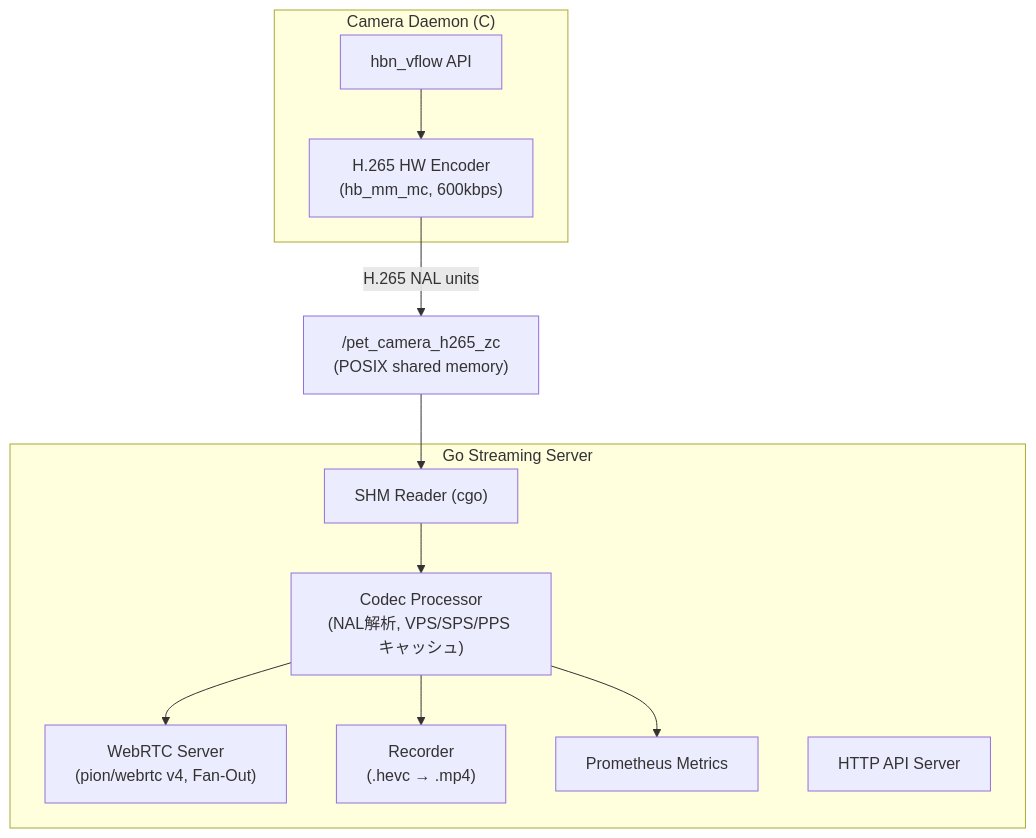
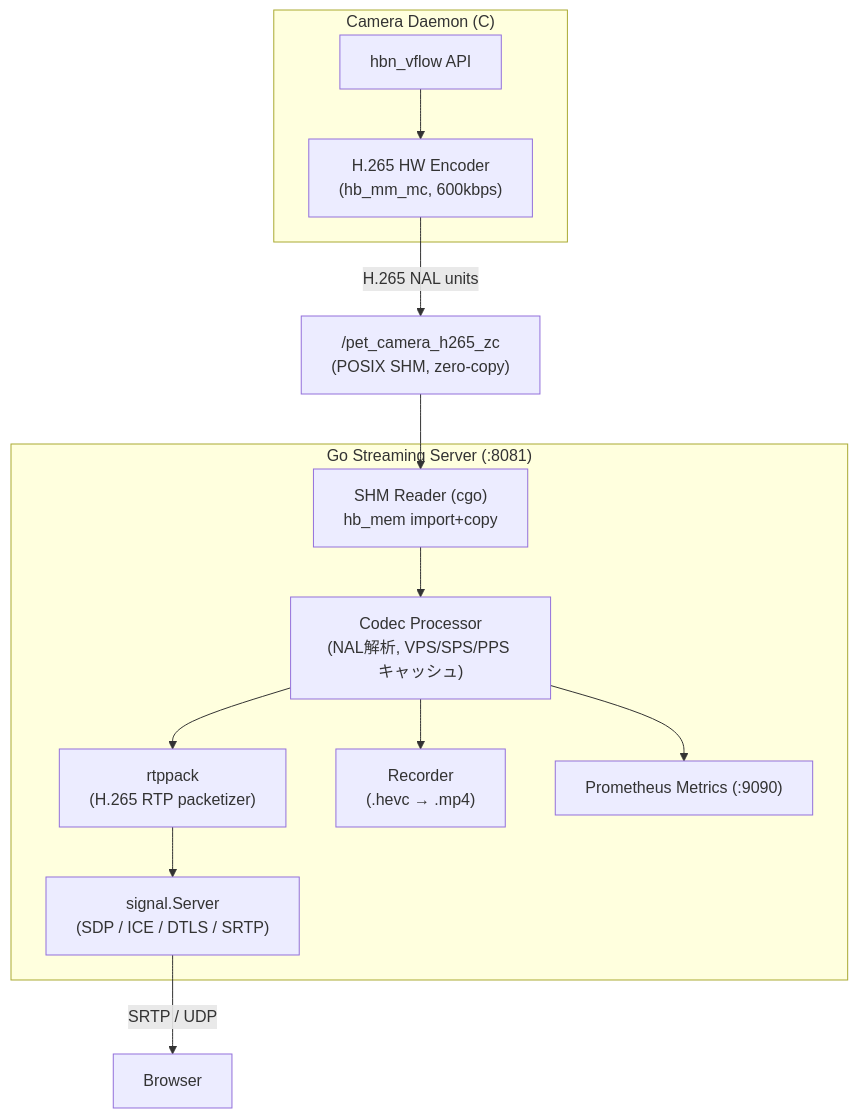
One commit to dj-oyu/rdk-x5_smart-pet-camera changed the first of 3 diagrams in docs/streaming-server.md. Above: the diagram before and after it, drawn with Mermaid. The commit also changed other lines of this file and 1 other file, not shown here.

First line of the commit message:
docs(streaming): 実装の現状にドキュメントを同期 + 既知の問題を明文化 (#219)

````diff
--- a/docs/streaming-server.md
+++ b/docs/streaming-server.md
@@ -22,27 +23,28 @@
 ```mermaid
 graph TD
     subgraph cam["Camera Daemon (C)"]
         vio["hbn_vflow API"]
         enc["H.265 HW Encoder<br/>(hb_mm_mc, 600kbps)"]
         vio --> enc
     end
 
-    shm["/pet_camera_h265_zc<br/>(POSIX shared memory)"]
+    shm["/pet_camera_h265_zc<br/>(POSIX SHM, zero-copy)"]
     enc -->|"H.265 NAL units"| shm
 
-    subgraph go["Go Streaming Server"]
-        reader["SHM Reader (cgo)"]
+    subgraph go["Go Streaming Server (:8081)"]
+        reader["SHM Reader (cgo)<br/>hb_mem import+copy"]
         proc["Codec Processor<br/>(NAL解析, VPS/SPS/PPS キャッシュ)"]
-        webrtc["WebRTC Server<br/>(pion/webrtc v4, Fan-Out)"]
+        rtp["rtppack<br/>(H.265 RTP packetizer)"]
+        signal["signal.Server<br/>(SDP / ICE / DTLS / SRTP)"]
         rec["Recorder<br/>(.hevc → .mp4)"]
-        met["Prometheus Metrics"]
-        http["HTTP API Server"]
+        met["Prometheus Metrics (:9090)"]
 
         reader --> proc
-        proc --> webrtc
+        proc --> rtp --> signal
         proc --> rec
         proc --> met
     end
 
     shm --> reader
+    signal -->|"SRTP / UDP"| browser["Browser"]
 ```
````
